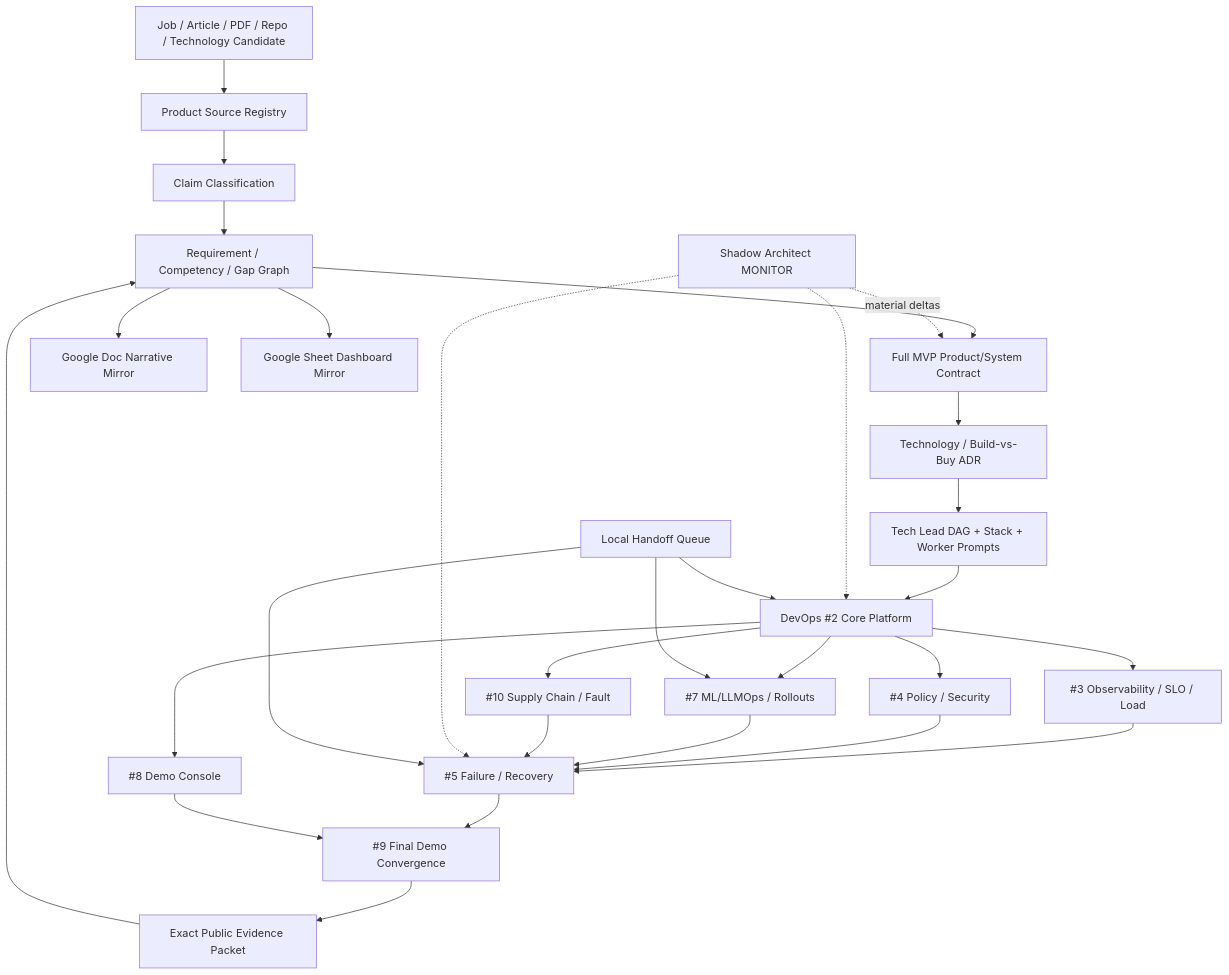
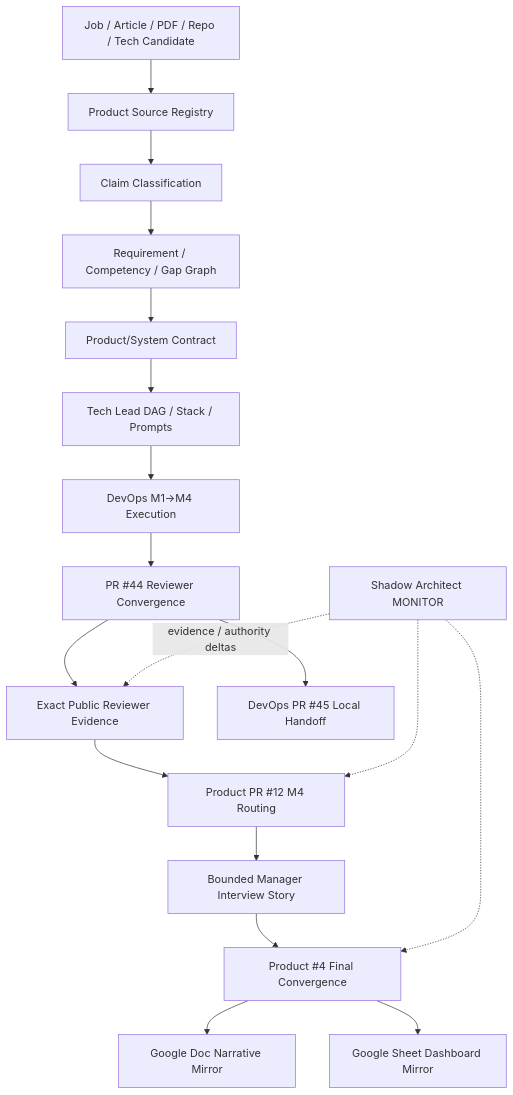
One commit to ed3c/Product-Manager-Notes changed the diagram in README.md. Above: the diagram before and after it, drawn with Mermaid. The commit also changed other lines of this file, not shown here.

Commit message:
docs: advance Product router through public M4 evidence

````diff
--- a/README.md
+++ b/README.md
@@ -124,31 +167,20 @@
 ```mermaid
 flowchart TD
-    S[Job / Article / PDF / Repo / Technology Candidate] --> SR[Product Source Registry]
-    SR --> CL[Claim Classification]
-    CL --> GAP[Requirement / Competency / Gap Graph]
-    GAP --> CASE[Full MVP Product/System Contract]
-    CASE --> ADR[Technology / Build-vs-Buy ADR]
-    ADR --> TL[Tech Lead DAG + Stack + Worker Prompts]
-    TL --> D2[DevOps #2 Core Platform]
-    D2 --> D3[#3 Observability / SLO / Load]
-    D2 --> D4[#4 Policy / Security]
-    D2 --> D7[#7 ML/LLMOps / Rollouts]
-    D2 --> D8[#8 Demo Console]
-    D2 --> D10[#10 Supply Chain / Fault]
-    D3 --> D5[#5 Failure / Recovery]
-    D4 --> D5
-    D7 --> D5
-    D10 --> D5
-    D5 --> D9[#9 Final Demo Convergence]
-    D8 --> D9
-    D9 --> EV[Exact Public Evidence Packet]
-    EV --> GAP
-    GAP --> GD[Google Doc Narrative Mirror]
-    GAP --> GS[Google Sheet Dashboard Mirror]
-    SH[Shadow Architect MONITOR] -. material deltas .-> CASE
-    SH -.-> D2
-    SH -.-> D5
-    LH[Local Handoff Queue] --> D2
-    LH --> D7
-    LH --> D5
+    S[Job / Article / PDF / Repo / Tech Candidate] --> SR[Product Source Registry]
+    SR --> C[Claim Classification]
+    C --> G[Requirement / Competency / Gap Graph]
+    G --> P[Product/System Contract]
+    P --> TL[Tech Lead DAG / Stack / Prompts]
+    TL --> D[DevOps M1→M4 Execution]
+    D --> M4[PR #44 Reviewer Convergence]
+    M4 --> E[Exact Public Reviewer Evidence]
+    E --> R[Product PR #12 M4 Routing]
+    R --> N[Bounded Manager Interview Story]
+    N --> X[Product #4 Final Convergence]
+    X --> GD[Google Doc Narrative Mirror]
+    X --> GS[Google Sheet Dashboard Mirror]
+    M4 --> LH[DevOps PR #45 Local Handoff]
+    SH[Shadow Architect MONITOR] -. evidence / authority deltas .-> E
+    SH -.-> R
+    SH -.-> X
 ```
````
